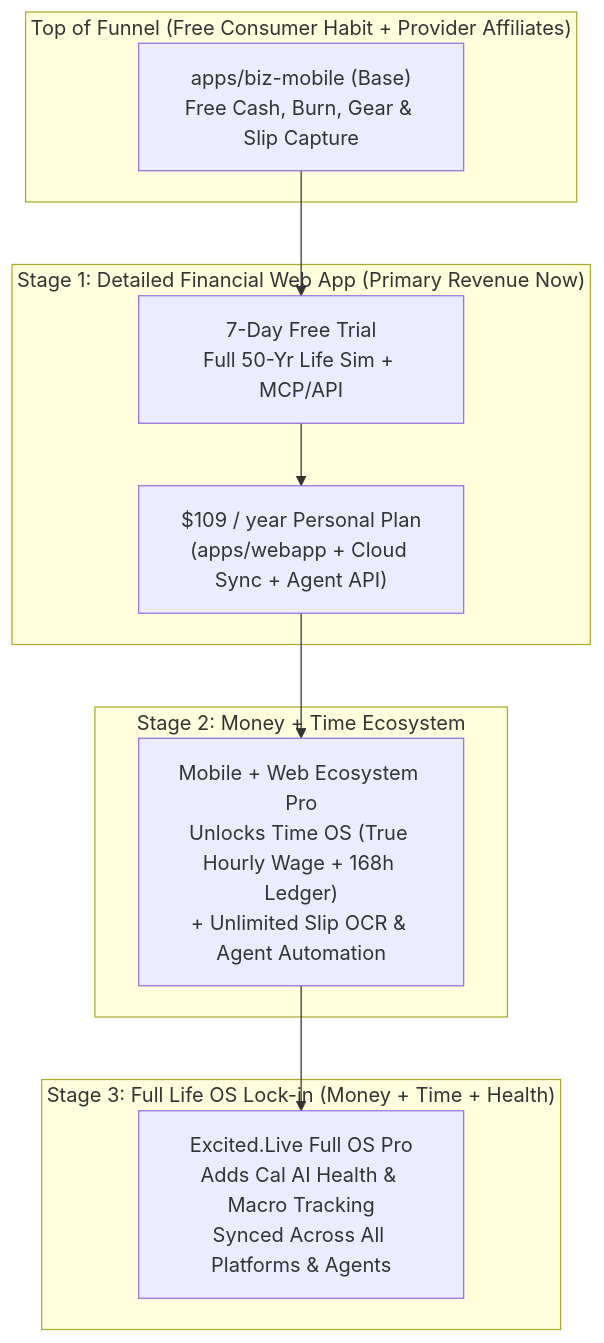
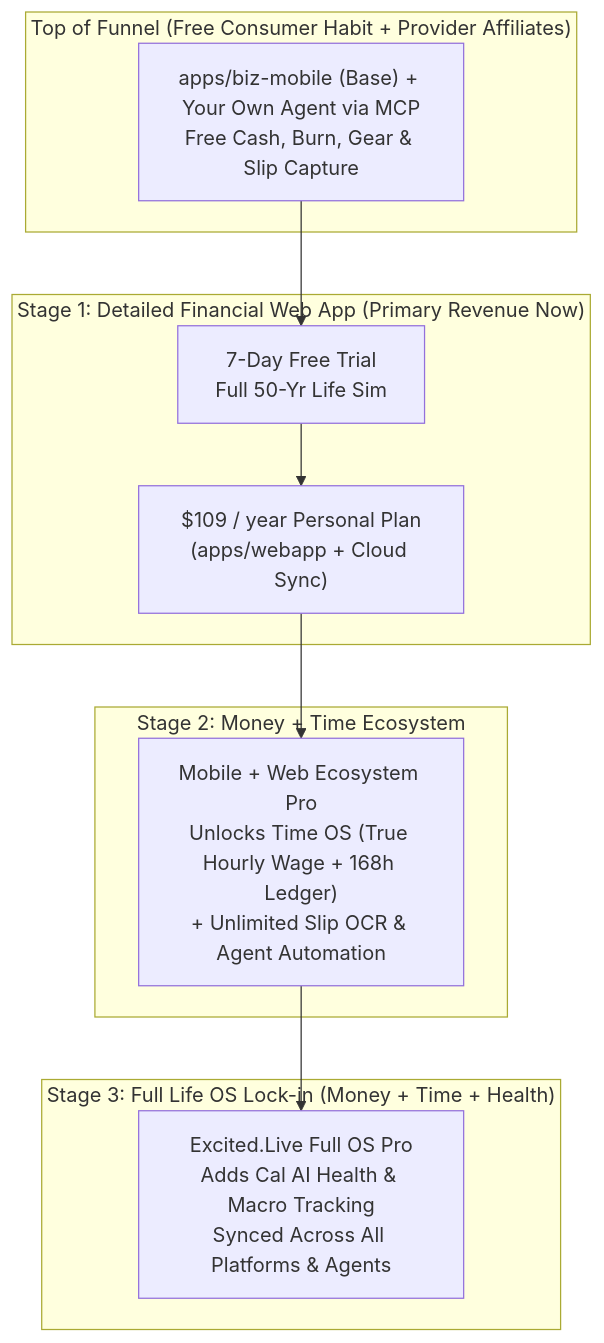
Before and after one commit to excited-live/monorepo: the diagram in docs/pricing.md, drawn with Mermaid. The commit also changed other lines of this file and 2 other files, not shown here.

Commit message:
docs(pricing): make agent (MCP) access free
Prame decided 2026-10-23 that connecting your own agent is free.
Paid planner features stay paid whether reached from the app or an agent.
Closes the PRD open question on agent access pricing.

````diff
--- a/docs/pricing.md
+++ b/docs/pricing.md
@@ -10,24 +11,24 @@
 ```mermaid
 graph TD
     subgraph Stage0["Top of Funnel (Free Consumer Habit + Provider Affiliates)"]
-        BizFree["apps/biz-mobile (Base)<br/>Free Cash, Burn, Gear & Slip Capture"]
+        BizFree["apps/biz-mobile (Base) + Your Own Agent via MCP<br/>Free Cash, Burn, Gear & Slip Capture"]
     end
 
     subgraph Stage1["Stage 1: Detailed Financial Web App (Primary Revenue Now)"]
-        WebTrial["7-Day Free Trial<br/>Full 50-Yr Life Sim + MCP/API"]
-        WebSub["$109 / year Personal Plan<br/>(apps/webapp + Cloud Sync + Agent API)"]
+        WebTrial["7-Day Free Trial<br/>Full 50-Yr Life Sim"]
+        WebSub["$109 / year Personal Plan<br/>(apps/webapp + Cloud Sync)"]
         WebTrial --> WebSub
     end
 
     subgraph Stage2["Stage 2: Money + Time Ecosystem"]
         MobilePro["Mobile + Web Ecosystem Pro<br/>Unlocks Time OS (True Hourly Wage + 168h Ledger)<br/>+ Unlimited Slip OCR & Agent Automation"]
     end
 
     subgraph Stage3["Stage 3: Full Life OS Lock-in (Money + Time + Health)"]
         OSPro["Excited.Live Full OS Pro<br/>Adds Cal AI Health & Macro Tracking<br/>Synced Across All Platforms & Agents"]
     end
 
     BizFree --> WebTrial
     WebSub --> MobilePro
     MobilePro --> OSPro
 ```
````
